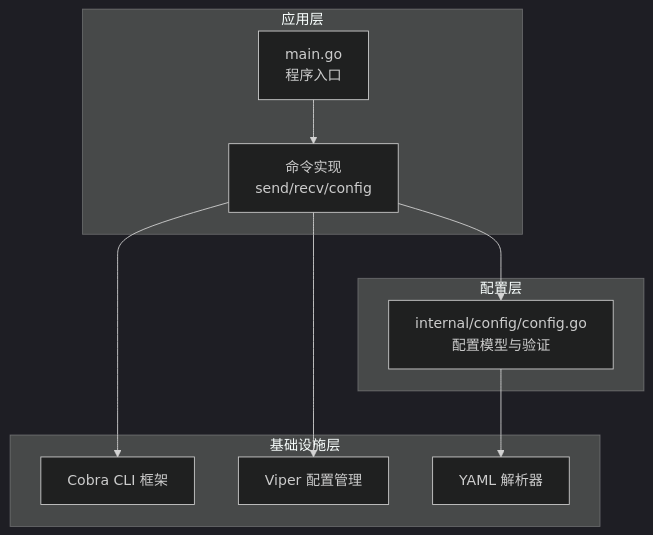
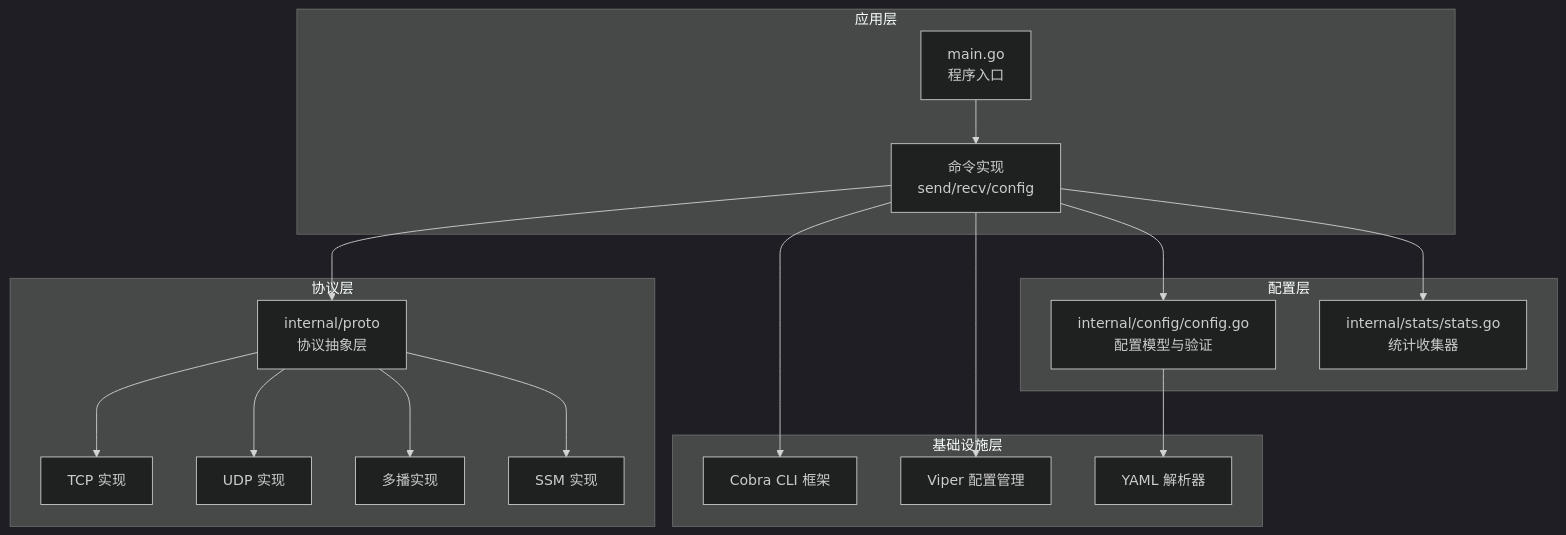
Before and after one commit to yanzhen74/ping-x: the first of 10 diagrams in .qoder/repowiki/zh/content/开发者指南.md, drawn with Mermaid (dark theme). The commit also changed other lines of this file and 16 other files, not shown here.

````diff
--- a/.qoder/repowiki/zh/content/开发者指南.md
+++ b/.qoder/repowiki/zh/content/开发者指南.md
@@ -38,20 +54,34 @@
 ```mermaid
 graph TB
 subgraph "应用层"
 Main[main.go<br/>程序入口]
 Commands[命令实现<br/>send/recv/config]
 end
+subgraph "协议层"
+Protocol[internal/proto<br/>协议抽象层]
+TCP[TCP 实现]
+UDP[UDP 实现]
+Multicast[多播实现]
+SSM[SSM 实现]
+end
 subgraph "配置层"
 Config[internal/config/config.go<br/>配置模型与验证]
+Stats[internal/stats/stats.go<br/>统计收集器]
 end
 subgraph "基础设施层"
 Cobra[Cobra CLI 框架]
 Viper[Viper 配置管理]
 YAML[YAML 解析器]
 end
 Main --> Commands
+Commands --> Protocol
 Commands --> Config
+Commands --> Stats
+Protocol --> TCP
+Protocol --> UDP
+Protocol --> Multicast
+Protocol --> SSM
 Commands --> Cobra
 Commands --> Viper
 Config --> YAML
 ```
````
